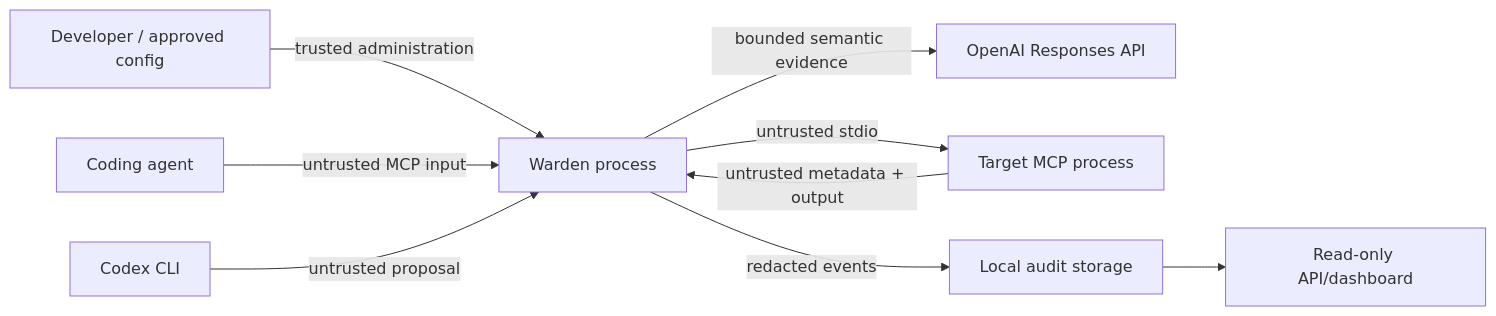
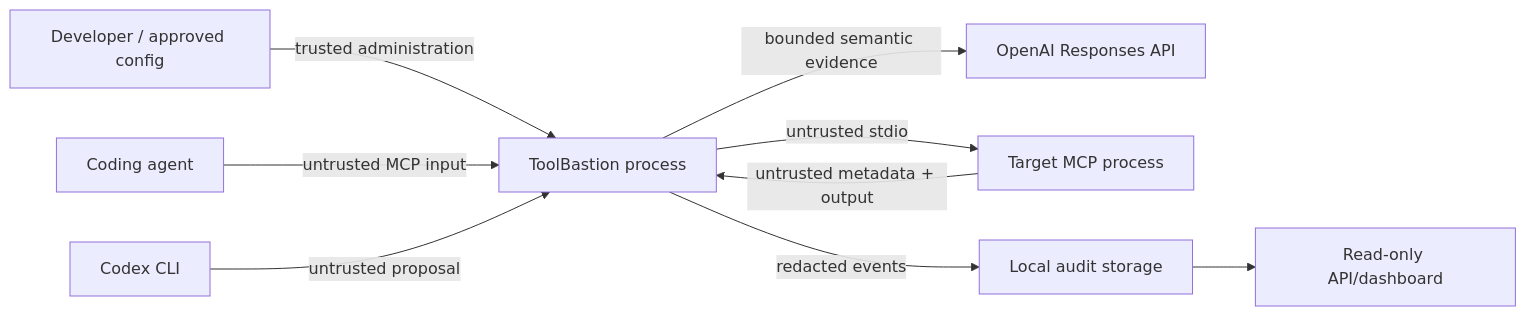
One commit to MaharMuavia/toolbastion changed the diagram in SECURITY_ASSUMPTIONS.md. Above: the diagram before and after it, drawn with Mermaid. The commit also changed other lines of this file and 92 other files, not shown here.

Commit message:
Launch ToolBastion security gateway

````diff
--- a/SECURITY_ASSUMPTIONS.md
+++ b/SECURITY_ASSUMPTIONS.md
@@ -11,11 +11,11 @@
 ```mermaid
 flowchart LR
-  U["Developer / approved config"] -->|trusted administration| W["Warden process"]
+  U["Developer / approved config"] -->|trusted administration| W["ToolBastion process"]
   A["Coding agent"] -->|untrusted MCP input| W
   W -->|bounded semantic evidence| G["OpenAI Responses API"]
   W -->|untrusted stdio| T["Target MCP process"]
   T -->|untrusted metadata + output| W
   W -->|redacted events| L["Local audit storage"]
   L --> D["Read-only API/dashboard"]
   C["Codex CLI"] -->|untrusted proposal| W
 ```
````
